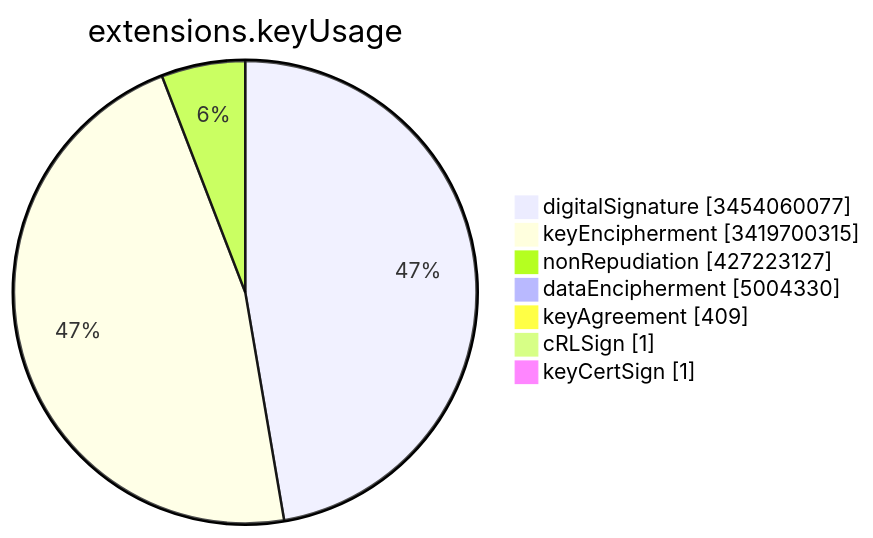
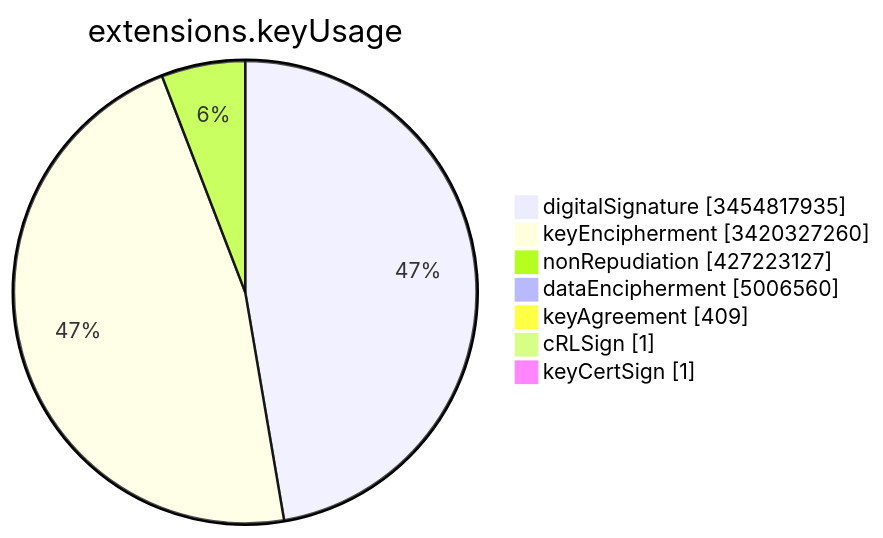
One commit to christiankrug/ctmonitor_visualization changed the sixth of 15 diagrams in TOTAL/README.md. Above: the diagram before and after it, drawn with Mermaid. The commit also changed other lines of this file, not shown here.

````diff
--- a/TOTAL/README.md
+++ b/TOTAL/README.md
@@ -3082,11 +3082,11 @@
 ```mermaid
 pie showData
 title extensions.keyUsage
-"digitalSignature" :3454060077
-"keyEncipherment" :3419700315
+"digitalSignature" :3454817935
+"keyEncipherment" :3420327260
 "nonRepudiation" :427223127
-"dataEncipherment" :5004330
+"dataEncipherment" :5006560
 "keyAgreement" :409
 "cRLSign" :1
 "keyCertSign" :1
 ```
````
